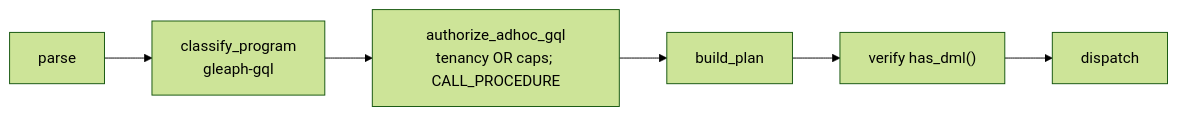
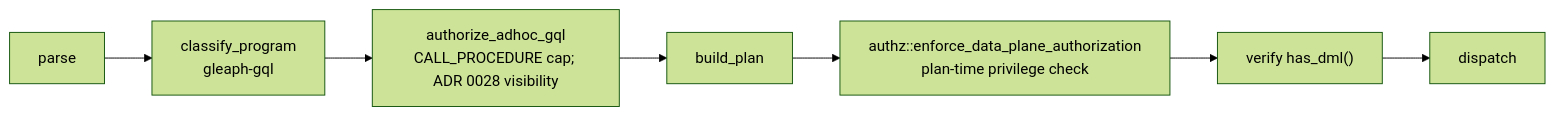
One commit to perforate-org/gleaph changed the diagram in design/security/rbac-and-prepared.md. Above: the diagram before and after it, drawn with Mermaid (forest theme). The commit also changed other lines of this file and 11 other files, not shown here.

````diff
--- a/design/security/rbac-and-prepared.md
+++ b/design/security/rbac-and-prepared.md
@@ -89,8 +118,9 @@
 ```mermaid
 flowchart LR
     A[parse] --> B["classify_program<br/>gleaph-gql"]
-    B --> C["authorize_adhoc_gql<br/>tenancy OR caps; CALL_PROCEDURE"]
+    B --> C["authorize_adhoc_gql<br/>CALL_PROCEDURE cap; ADR 0028 visibility"]
     C --> D[build_plan]
-    D --> E["verify has_dml()"]
-    E --> F[dispatch]
+    D --> E["authz::enforce_data_plane_authorization<br/>plan-time privilege check"]
+    E --> F["verify has_dml()"]
+    F --> G[dispatch]
 ```
````
